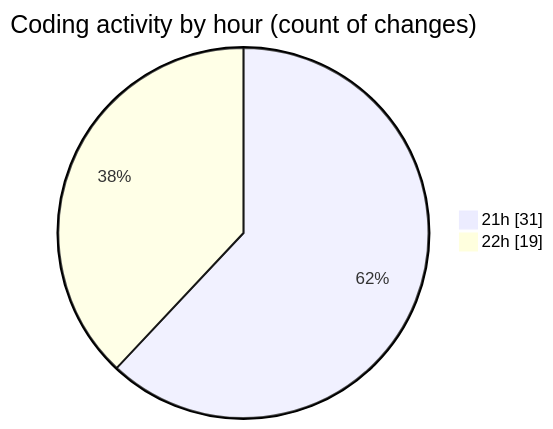
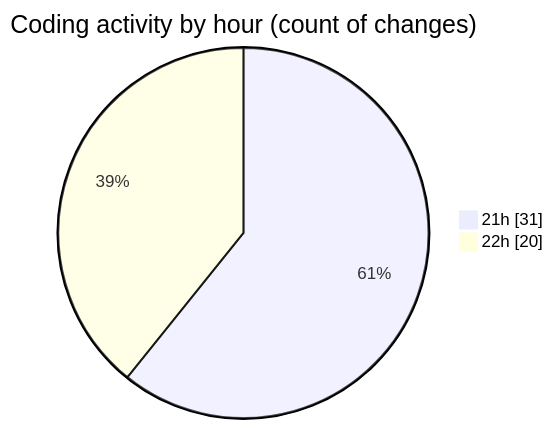
The second of 2 diagrams in 2025-07-19/reggarena/README.md (lephambinh05/code-tracking), drawn with Mermaid before and after one commit. The commit also changed other lines of this file and 1 other file, not shown here.

````diff
--- a/2025-07-19/reggarena/README.md
+++ b/2025-07-19/reggarena/README.md
@@ -46,6 +46,6 @@
 ```mermaid
 pie showData
 title Coding activity by hour (count of changes)
 "21h" : 31
-"22h" : 19
+"22h" : 20
 ```
````
